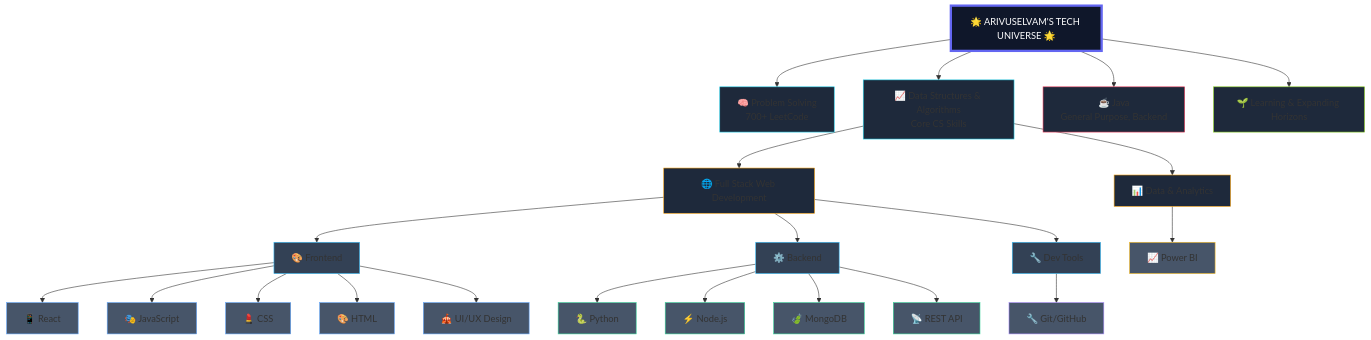
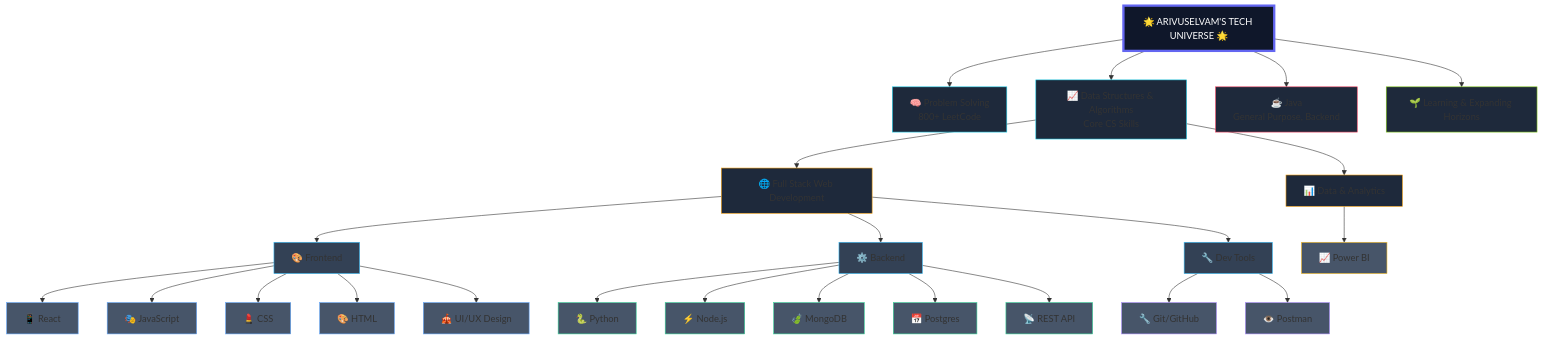
The diagram in README.md (Arivuselvam95/Arivuselvam95), drawn with Mermaid before and after one commit.

````diff
--- a/README.md
+++ b/README.md
@@ -47,51 +47,55 @@
 ```mermaid
 graph TD
-    A[🌟 ARIVUSELVAM'S TECH UNIVERSE 🌟] --> B[🧠 Problem Solving<br>700+ LeetCode]
+    A[🌟 ARIVUSELVAM'S TECH UNIVERSE 🌟] --> B[🧠 Problem Solving<br>800+ LeetCode]
     A --> C[📈 Data Structures & Algorithms<br>Core CS Skills]
     C --> D[🌐 Full Stack Web Development]
     C --> E[📊 Data & Analytics]
     
     D --> F[🎨 Frontend]
     D --> G[⚙️ Backend]
     D --> H[🔧 Dev Tools]
     
     F --> I[📱 React]
     F --> J[🎭 JavaScript]
     F --> K[💄 CSS]
     F --> L[🎨 HTML]
     F --> M[🎪 UI/UX Design]
     
     G --> N[🐍 Python]
     G --> O[⚡ Node.js]
     G --> P[🍃 MongoDB]
+    G --> W[📅 Postgres]
     G --> Q[📡 REST API]
     
     H --> R[🔧 Git/GitHub]
-    
+    H --> V[👁️ Postman]
+
     E --> S[📈 Power BI]
     
     A --> T[☕ Java<br>General Purpose, Backend]
     A --> U[🌱 Learning & Expanding Horizons]
     
     style A fill:#0f172a,stroke:#6366f1,stroke-width:4px,color:#ffffff
     style B fill:#1e293b,stroke:#22d3ee
     style C fill:#1e293b,stroke:#22d3ee
     style D fill:#1e293b,stroke:#f59e0b
     style E fill:#1e293b,stroke:#f59e0b
     style F fill:#334155,stroke:#38bdf8
     style G fill:#334155,stroke:#38bdf8
     style H fill:#334155,stroke:#38bdf8
     style I fill:#475569,stroke:#60a5fa
     style J fill:#475569,stroke:#60a5fa
     style K fill:#475569,stroke:#60a5fa
     style L fill:#475569,stroke:#60a5fa
     style M fill:#475569,stroke:#60a5fa
     style N fill:#475569,stroke:#34d399
+    style W fill:#475569,stroke:#34d399
     style O fill:#475569,stroke:#34d399
     style P fill:#475569,stroke:#34d399
     style Q fill:#475569,stroke:#34d399
     style R fill:#475569,stroke:#a78bfa
+    style V fill:#475569,stroke:#a78bfa
     style S fill:#475569,stroke:#fbbf24
     style T fill:#1e293b,stroke:#f43f5e
     style U fill:#1e293b,stroke:#84cc16
 ```
````
